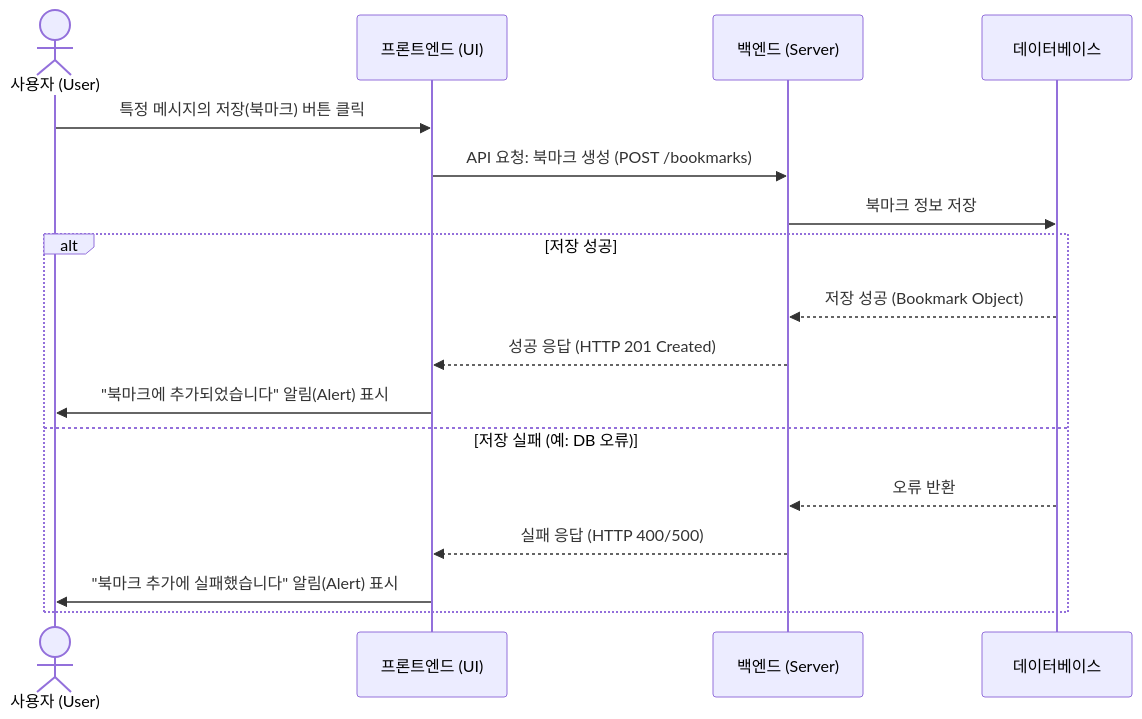
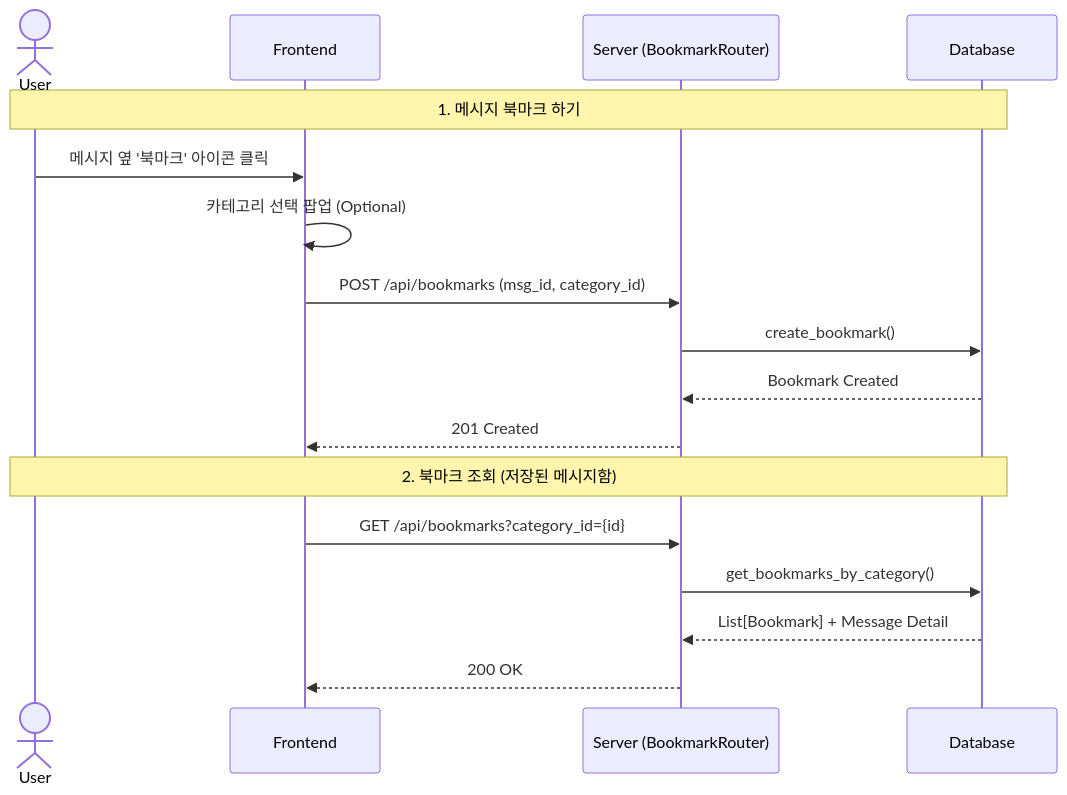
The ninth of 14 diagrams in 문서/SDS/SDS_[Alphabot]_4_SequenceDiagram.md (YU-SoftwareEng/AlphaBot), drawn with Mermaid before and after one commit. The commit also changed other lines of this file and 4 other files, not shown here.

````diff
--- a/문서/SDS/SDS_[Alphabot]_4_SequenceDiagram.md
+++ b/문서/SDS/SDS_[Alphabot]_4_SequenceDiagram.md
@@ -178,21 +209,21 @@
 ```mermaid
 sequenceDiagram
-    actor 사용자 as 사용자 (User)
-    participant Frontend as 프론트엔드 (UI)
-    participant Backend as 백엔드 (Server)
-    participant DB as 데이터베이스
+    actor User
+    participant Frontend
+    participant Server (BookmarkRouter)
+    participant Database
 
-    사용자 ->> Frontend: 특정 메시지의 저장(북마크) 버튼 클릭
-    Frontend ->> Backend: API 요청: 북마크 생성 (POST /bookmarks)
-
-    Backend ->> DB: 북마크 정보 저장
-    alt 저장 성공
-        DB -->> Backend: 저장 성공 (Bookmark Object)
-        Backend -->> Frontend: 성공 응답 (HTTP 201 Created)
-        Frontend ->> 사용자: "북마크에 추가되었습니다" 알림(Alert) 표시
-    else 저장 실패 (예: DB 오류)
-        DB -->> Backend: 오류 반환
-        Backend -->> Frontend: 실패 응답 (HTTP 400/500)
-        Frontend ->> 사용자: "북마크 추가에 실패했습니다" 알림(Alert) 표시
-    end
+    Note over User, Database: 1. 메시지 북마크 하기
+    User->>Frontend: 메시지 옆 '북마크' 아이콘 클릭
+    Frontend->>Frontend: 카테고리 선택 팝업 (Optional)
+    Frontend->>Server (BookmarkRouter): POST /api/bookmarks (msg_id, category_id)
+    Server (BookmarkRouter)->>Database: create_bookmark()
+    Database-->>Server (BookmarkRouter): Bookmark Created
+    Server (BookmarkRouter)-->>Frontend: 201 Created
+    
+    Note over User, Database: 2. 북마크 조회 (저장된 메시지함)
+    Frontend->>Server (BookmarkRouter): GET /api/bookmarks?category_id={id}
+    Server (BookmarkRouter)->>Database: get_bookmarks_by_category()
+    Database-->>Server (BookmarkRouter): List[Bookmark] + Message Detail
+    Server (BookmarkRouter)-->>Frontend: 200 OK
 ```
````
